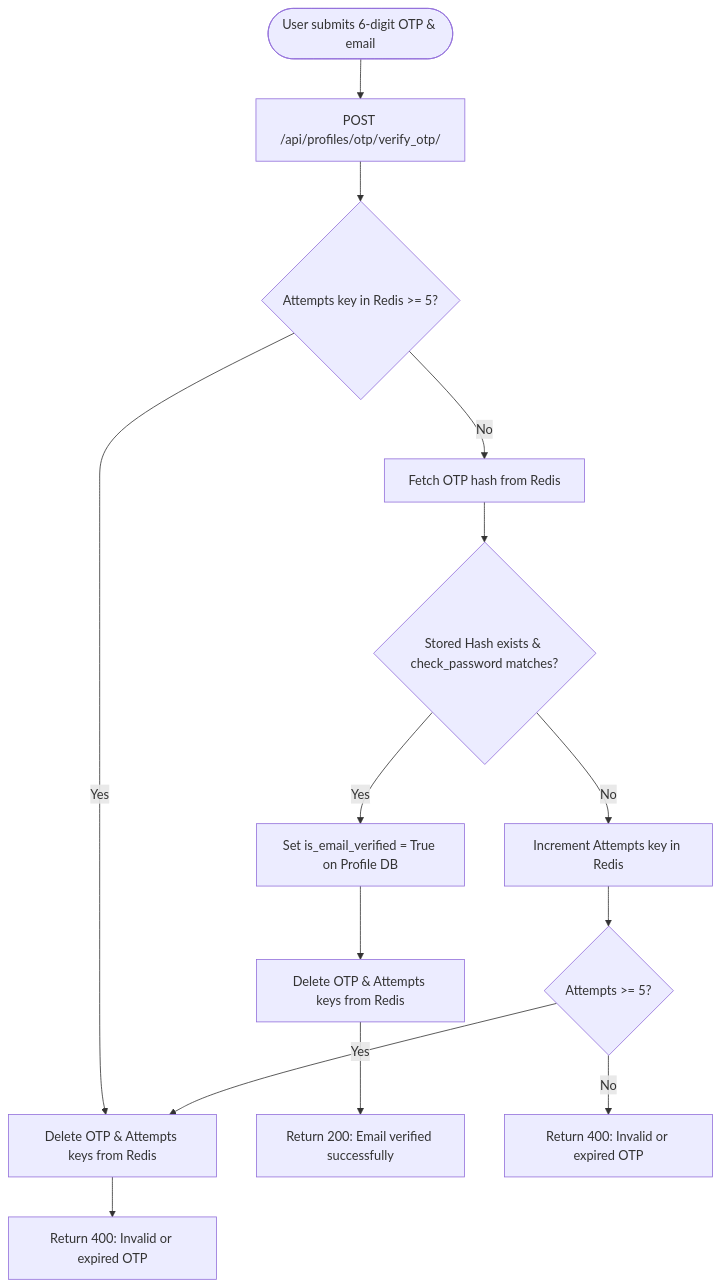
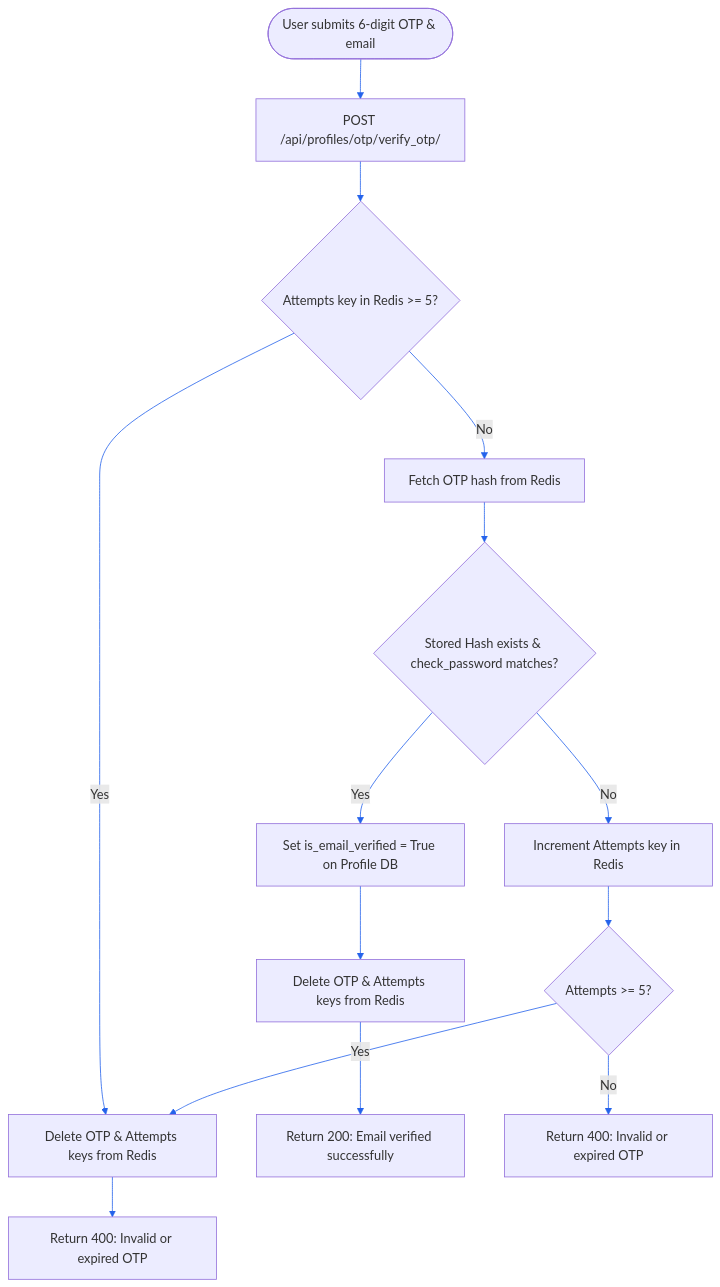
The third of 5 diagrams in README.md (vidhan13i/homehaven-rental-platform), drawn with Mermaid before and after one commit. The commit also changed other lines of this file, not shown here.

Commit message:
docs: Update flowcharts and document recent bugs and resolutions

````diff
--- a/README.md
+++ b/README.md
@@ -107,18 +108,19 @@
 ```mermaid
+%%{init: {'theme': 'default', 'themeVariables': { 'primaryColor': '#3b82f6', 'primaryTextColor': '#ffffff', 'lineColor': '#2563eb'}}}%%
 flowchart TD
     Start([User submits 6-digit OTP & email]) --> Request[POST /api/profiles/otp/verify_otp/]
     Request --> CheckLock{Attempts key in Redis >= 5?}
     
     CheckLock -- Yes --> Lockout[Delete OTP & Attempts keys from Redis] --> FailLock[Return 400: Invalid or expired OTP]
     CheckLock -- No --> FetchHash[Fetch OTP hash from Redis]
     
     FetchHash --> CheckHash{Stored Hash exists & check_password matches?}
     CheckHash -- Yes --> VerifySuccess[Set is_email_verified = True on Profile DB]
     VerifySuccess --> ClearRedis[Delete OTP & Attempts keys from Redis]
     ClearRedis --> Success[Return 200: Email verified successfully]
     
     CheckHash -- No --> IncAttempts[Increment Attempts key in Redis]
     IncAttempts --> CheckMax{Attempts >= 5?}
     CheckMax -- Yes --> Lockout
     CheckMax -- No --> FailAttempt[Return 400: Invalid or expired OTP]
 ```
````
